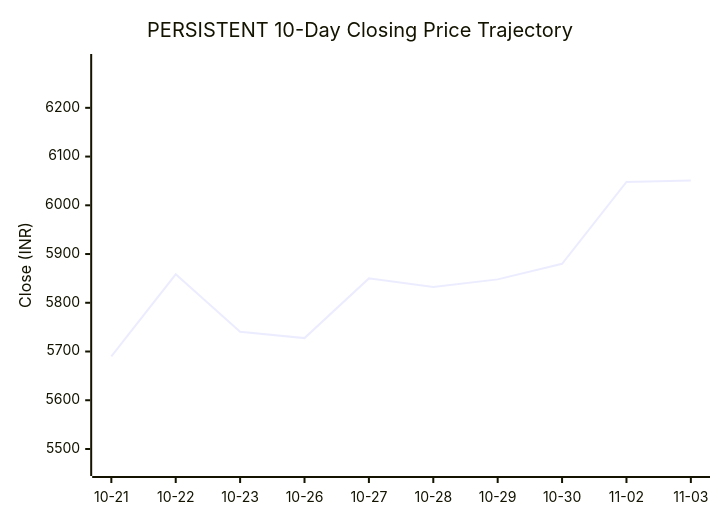
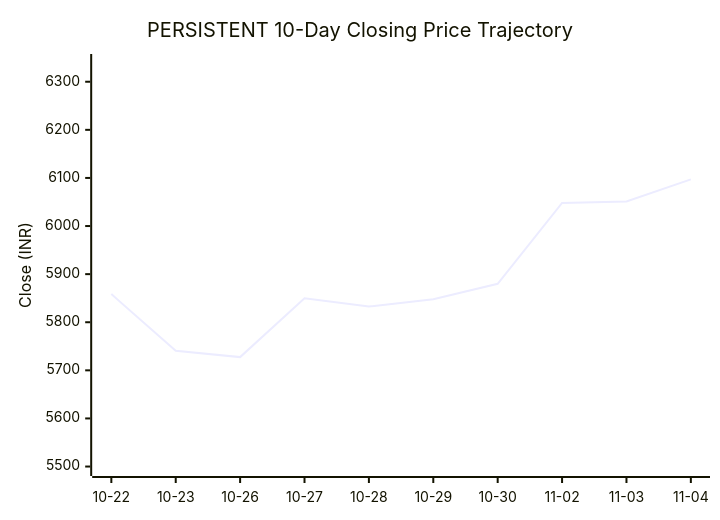
Before and after one commit to purnareddy9/dev: the first of 2 diagrams in market-intelligence/stocks/PERSISTENT/latest.md, drawn with Mermaid. The commit also changed other lines of this file and 4 other files, not shown here.

````diff
--- a/market-intelligence/stocks/PERSISTENT/latest.md
+++ b/market-intelligence/stocks/PERSISTENT/latest.md
@@ -43,7 +43,7 @@
 ```mermaid
 xychart-beta
     title "PERSISTENT 10-Day Closing Price Trajectory"
-    x-axis ["10-21", "10-22", "10-23", "10-26", "10-27", "10-28", "10-29", "10-30", "11-02", "11-03"]
-    y-axis "Close (INR)" 5462 --> 6293
-    line [5690.0, 5858.5, 5740.5, 5727.5, 5850.0, 5832.5, 5848.0, 5880.0, 6048.0, 6051.0]
+    x-axis ["10-22", "10-23", "10-26", "10-27", "10-28", "10-29", "10-30", "11-02", "11-03", "11-04"]
+    y-axis "Close (INR)" 5498 --> 6340
+    line [5858.5, 5740.5, 5727.5, 5850.0, 5832.5, 5848.0, 5880.0, 6048.0, 6051.0, 6097.0]
 ```
````
